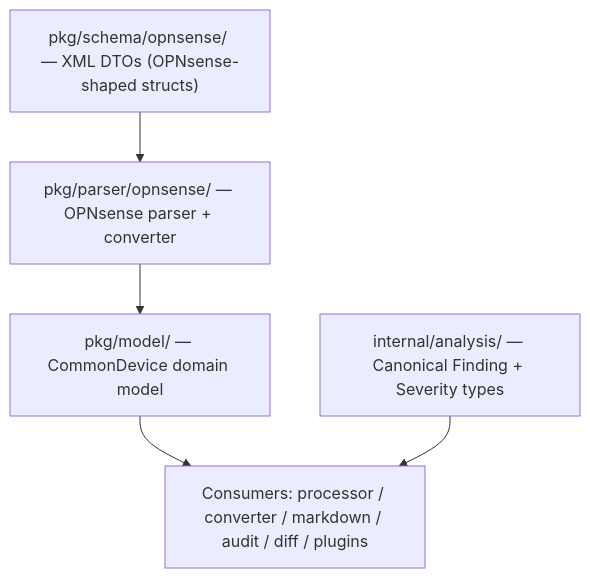
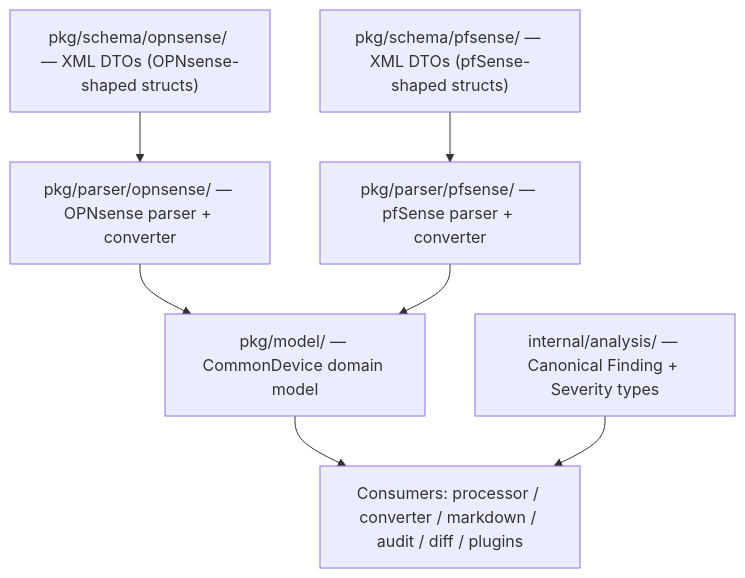
Before and after one commit to EvilBit-Labs/opnDossier: the second of 11 diagrams in docs/development/architecture.md, drawn with Mermaid. The commit also changed other lines of this file, not shown here.

````diff
--- a/docs/development/architecture.md
+++ b/docs/development/architecture.md
@@ -379,13 +384,17 @@
 ```mermaid
 graph TD
     A["pkg/schema/opnsense/ — XML DTOs (OPNsense-shaped structs)"]
     B["pkg/parser/opnsense/ — OPNsense parser + converter"]
-    C["pkg/model/ — CommonDevice domain model"]
-    D["internal/analysis/ — Canonical Finding + Severity types"]
-    E["Consumers: processor / converter / markdown / audit / diff / plugins"]
+    C["pkg/schema/pfsense/ — XML DTOs (pfSense-shaped structs)"]
+    D["pkg/parser/pfsense/ — pfSense parser + converter"]
+    E["pkg/model/ — CommonDevice domain model"]
+    F["internal/analysis/ — Canonical Finding + Severity types"]
+    G["Consumers: processor / converter / markdown / audit / diff / plugins"]
 
     A --> B
-    B --> C
-    C --> E
+    C --> D
+    B --> E
     D --> E
+    E --> G
+    F --> G
 ```
````
